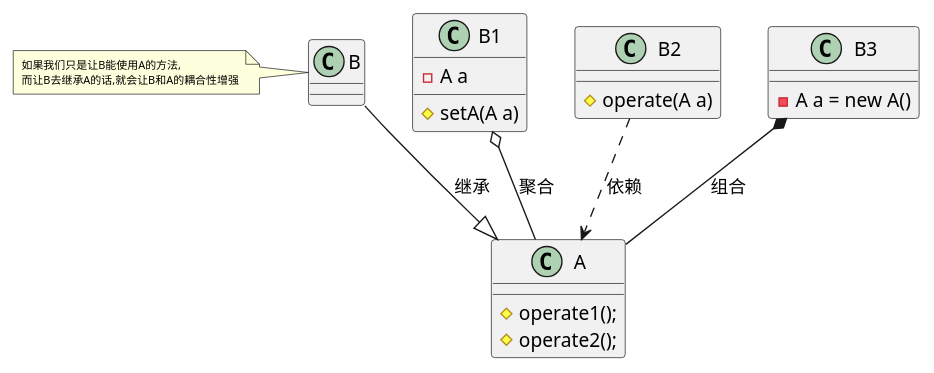
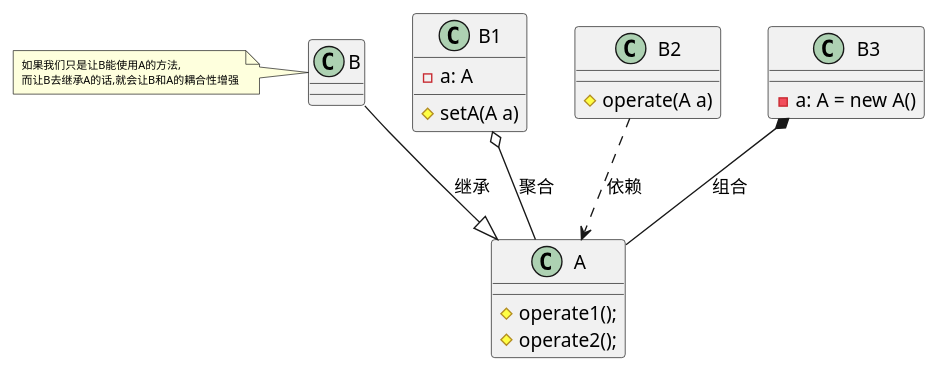
One commit to wr1ttenyu/f1nal changed the diagram in design-pattern/src/main/java/wr1ttenyu/f1nal/study/designpattern/principle/compositereuse/compositeReuse.puml. Above: the diagram before and after it, drawn with PlantUML. The commit also changed 10 other files, not shown here.

```diff
--- a/design-pattern/src/main/java/wr1ttenyu/f1nal/study/designpattern/principle/compositereuse/compositeReuse.puml
+++ b/design-pattern/src/main/java/wr1ttenyu/f1nal/study/designpattern/principle/compositereuse/compositeReuse.puml
@@ -1,33 +1,33 @@
 @startuml
 
 class A
 class B
 note left: <size:8>如果我们只是让B能使用A的方法,\n<size:8>而让B去继承A的话,就会让B和A的耦合性增强
 class B1
 
 B --|> A :继承
 B1 o-- A :聚合
 B2 ..> A :依赖
 B3 *-- A :组合
 
 class A {
     #operate1();
     #operate2();
 }
 
 class B {
 }
 
 class B1 {
-   -A a
+   -a: A
    #setA(A a)
 }
 
 class B2 {
    #operate(A a)
 }
 
 class B3 {
-   -A a = new A()
+   -a: A = new A()
 }
 @enduml
```
